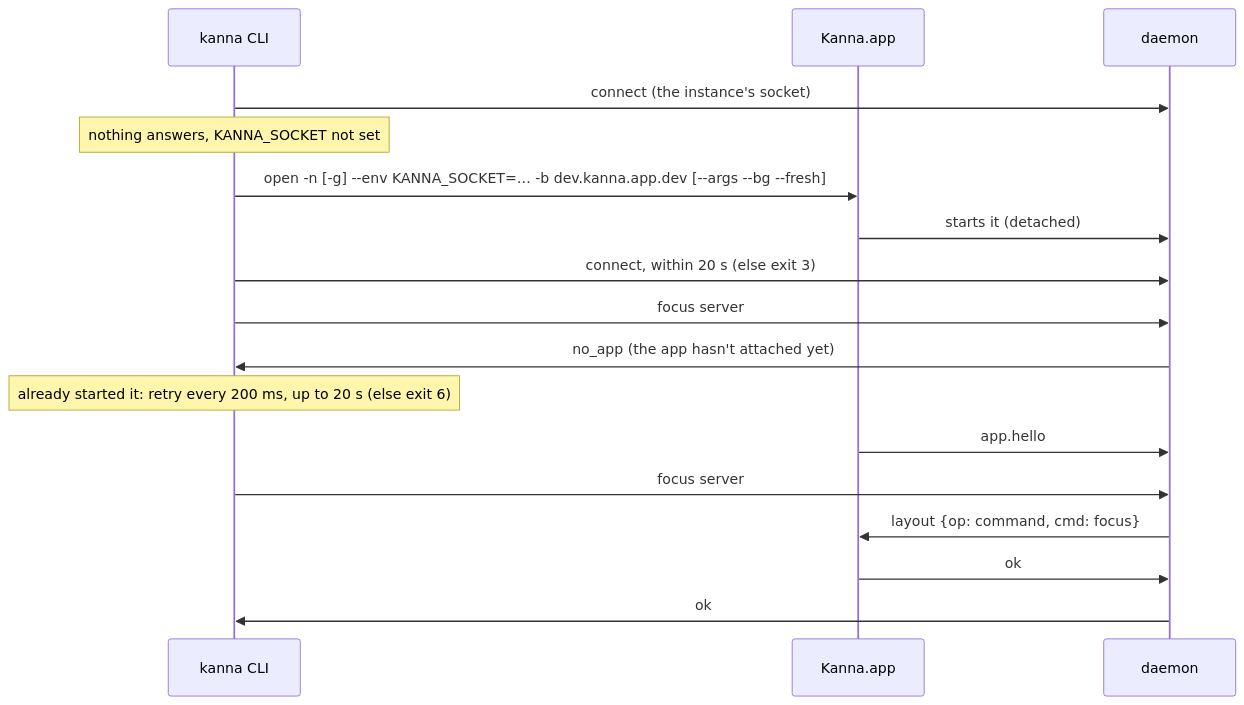
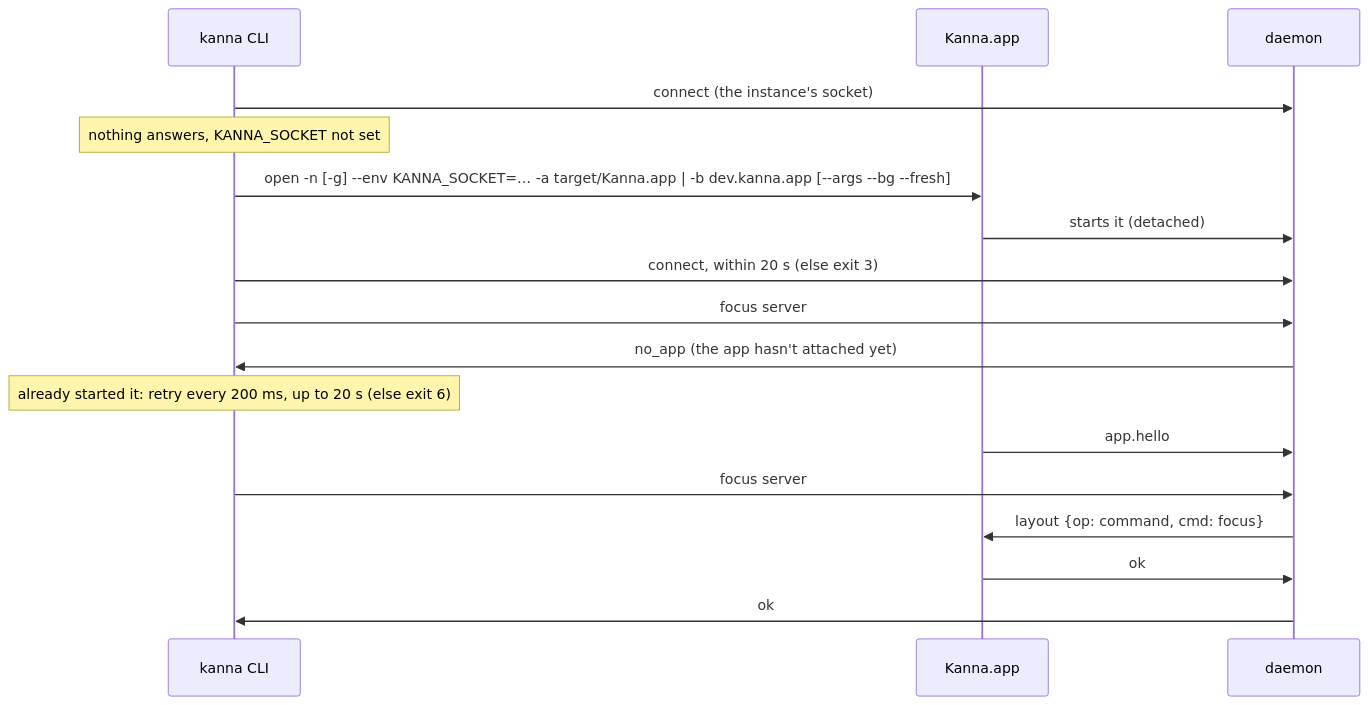
One commit to jemdiggity/kanna-v4 changed diagram 13 of 18 in docs/kanna-spec.md. Above: the diagram before and after it, drawn with Mermaid. The commit also changed other lines of this file and 22 other files, not shown here.

````diff
--- a/docs/kanna-spec.md
+++ b/docs/kanna-spec.md
@@ -685,19 +691,19 @@
 ```mermaid
 sequenceDiagram
     participant C as kanna CLI
     participant A as Kanna.app
     participant D as daemon
     C->>D: connect (the instance's socket)
     Note over C: nothing answers, KANNA_SOCKET not set
-    C->>A: open -n [-g] --env KANNA_SOCKET=… -b dev.kanna.app.dev [--args --bg --fresh]
+    C->>A: open -n [-g] --env KANNA_SOCKET=… -a target/Kanna.app | -b dev.kanna.app [--args --bg --fresh]
     A->>D: starts it (detached)
     C->>D: connect, within 20 s (else exit 3)
     C->>D: focus server
     D->>C: no_app (the app hasn't attached yet)
     Note over C: already started it: retry every 200 ms, up to 20 s (else exit 6)
     A->>D: app.hello
     C->>D: focus server
     D->>A: layout {op: command, cmd: focus}
     A->>D: ok
     D->>C: ok
 ```
````
